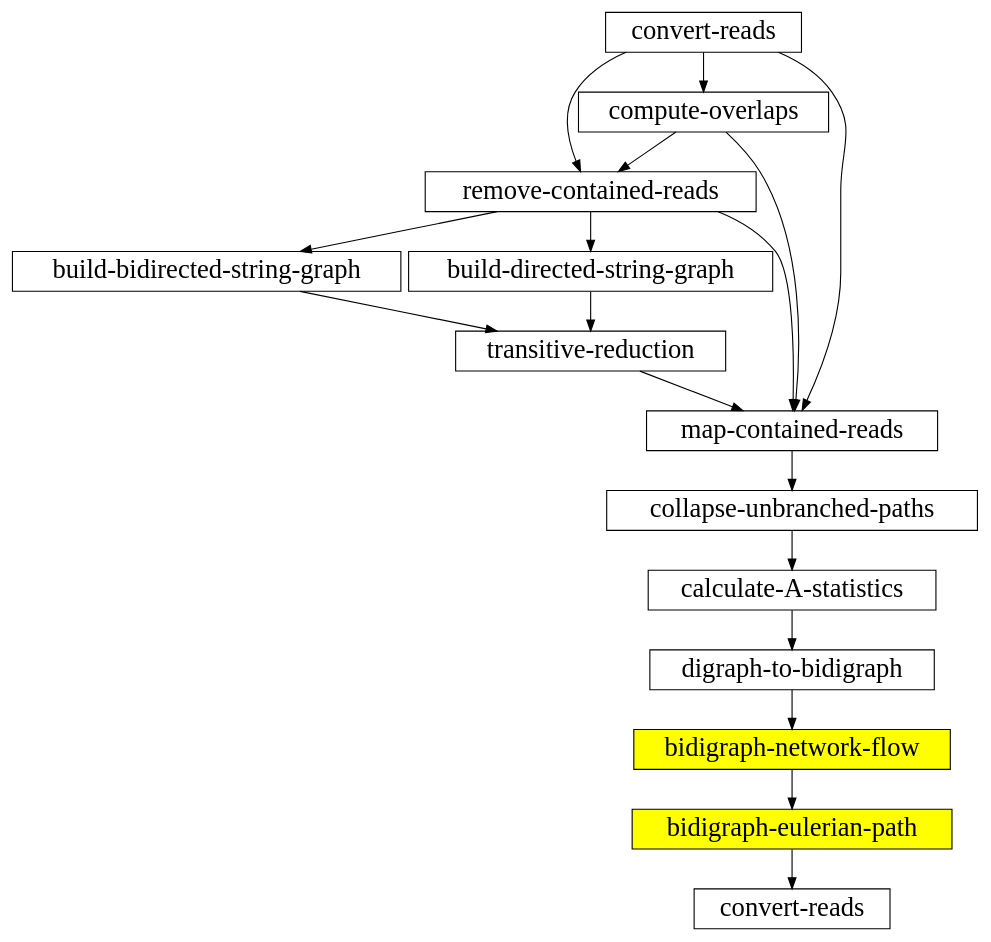
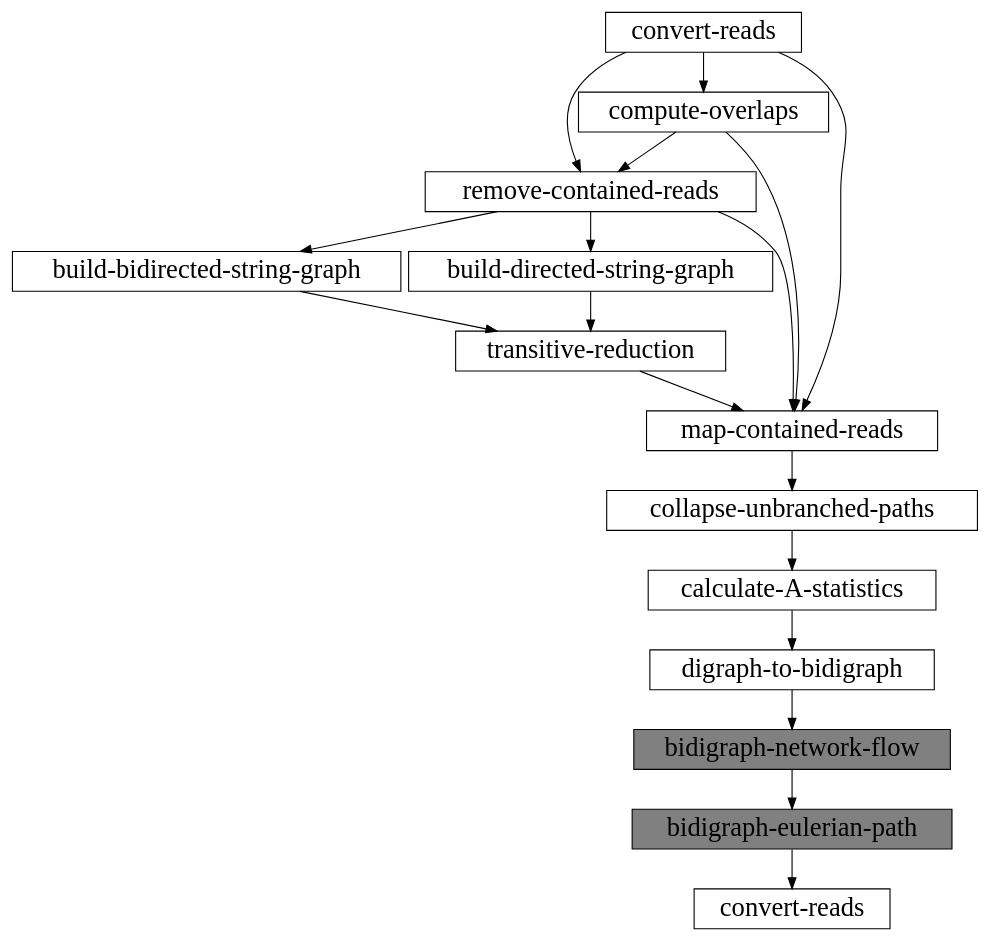
The diagram in presentation/programs.dot (ebiggers/fragment-string-graph-assembler), drawn with Graphviz before and after one commit. The commit also changed 1 other file, not shown here.

```diff
--- a/presentation/programs.dot
+++ b/presentation/programs.dot
@@ -1,40 +1,40 @@
 digraph {
 	graph [dir=LR nodesep=0.1 ]
 	node [shape=rect fontsize=24 fontname="Arial bold"]
 	build_bidirected_string_graph [label="build-bidirected-string-graph"];
 	build_directed_string_graph [label="build-directed-string-graph"];
 	collapse_unbranched_paths [label="collapse-unbranched-paths"];
 	compute_overlaps [label="compute-overlaps"];
 	convert_reads [label="convert-reads"];
 	digraph_to_bidigraph [label="digraph-to-bidigraph"];
 	remove_contained_reads [label="remove-contained-reads"];
 	map_contained_reads [label="map-contained-reads"];
 	calculate_a_statistics [label="calculate-A-statistics"];
-	bidigraph_network_flow [label="bidigraph-network-flow",style=filled,fillcolor=yellow];
-	bidigraph_eulerian_path [label="bidigraph-eulerian-path",style=filled,fillcolor=yellow];
+	bidigraph_network_flow [label="bidigraph-network-flow",style=filled,fillcolor=gray];
+	bidigraph_eulerian_path [label="bidigraph-eulerian-path",style=filled,fillcolor=gray];
 	transitive_reduction [label="transitive-reduction"];
 	convert_reads2 [label="convert-reads"];
 
 	convert_reads -> compute_overlaps //[label="reads.bvv"];
 	convert_reads -> remove_contained_reads //[label="reads.bvv"];
 
 	compute_overlaps -> remove_contained_reads //[label="out.overlaps"];
 
 	//remove_contained_reads -> build_directed_string_graph //[ label="reads.uncontained.bvv"];
 
 	remove_contained_reads -> build_bidirected_string_graph
 	remove_contained_reads -> build_directed_string_graph //[ label="out.uncontained.overlaps"];
 	remove_contained_reads -> map_contained_reads
 	compute_overlaps -> map_contained_reads
 	convert_reads -> map_contained_reads
 	build_directed_string_graph -> transitive_reduction //[ label="out.digraph"];
 	build_bidirected_string_graph -> transitive_reduction
 	transitive_reduction -> map_contained_reads //[ label="out.reduced.digraph"];
 	map_contained_reads -> collapse_unbranched_paths //[ label="out.reduced.mapped.digraph"];
 	collapse_unbranched_paths -> calculate_a_statistics //[ label="out.reduced.mapped.collapsed.digraph"];
 	calculate_a_statistics -> digraph_to_bidigraph //[ label="out.reduced.mapped.collapsed.calc.digraph"];
 	digraph_to_bidigraph -> bidigraph_network_flow
 	bidigraph_network_flow -> bidigraph_eulerian_path //[ label="out.reduced.mapped.collapsed.calc.digraph"];
 
 	bidigraph_eulerian_path -> convert_reads2 //[ label="out.paths.bvv" ];
 }
```
